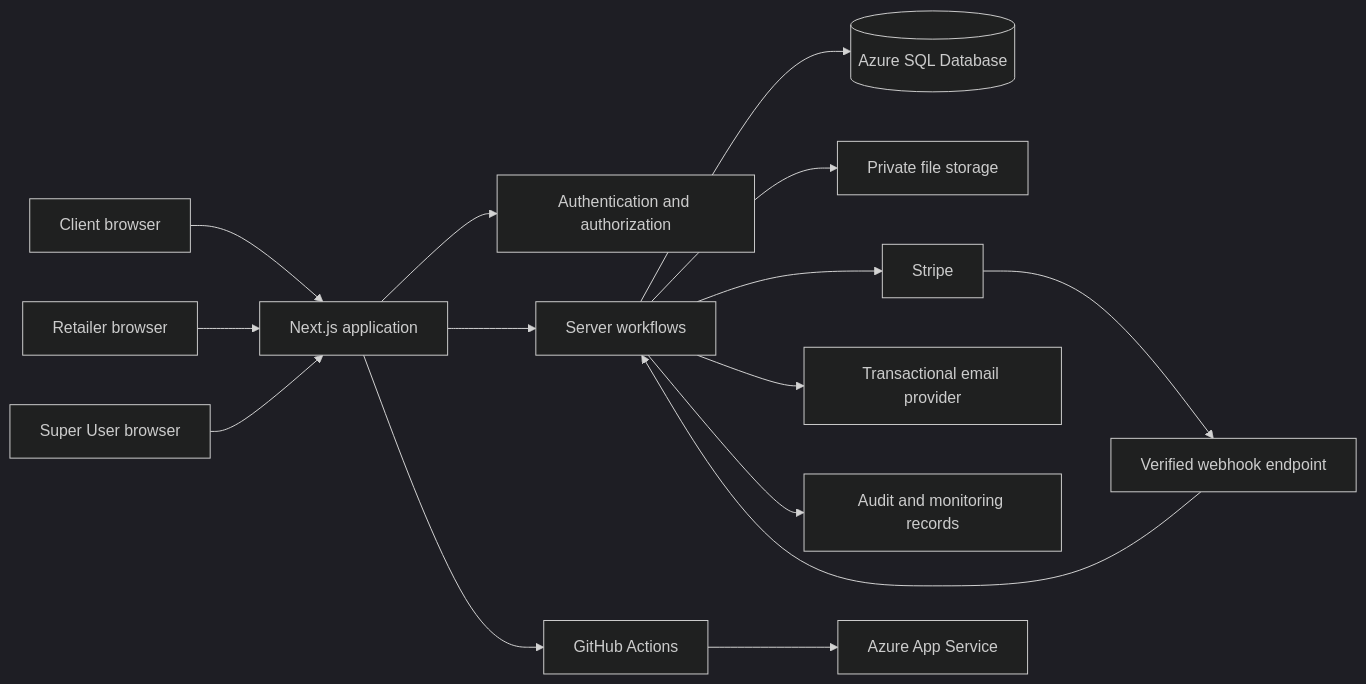
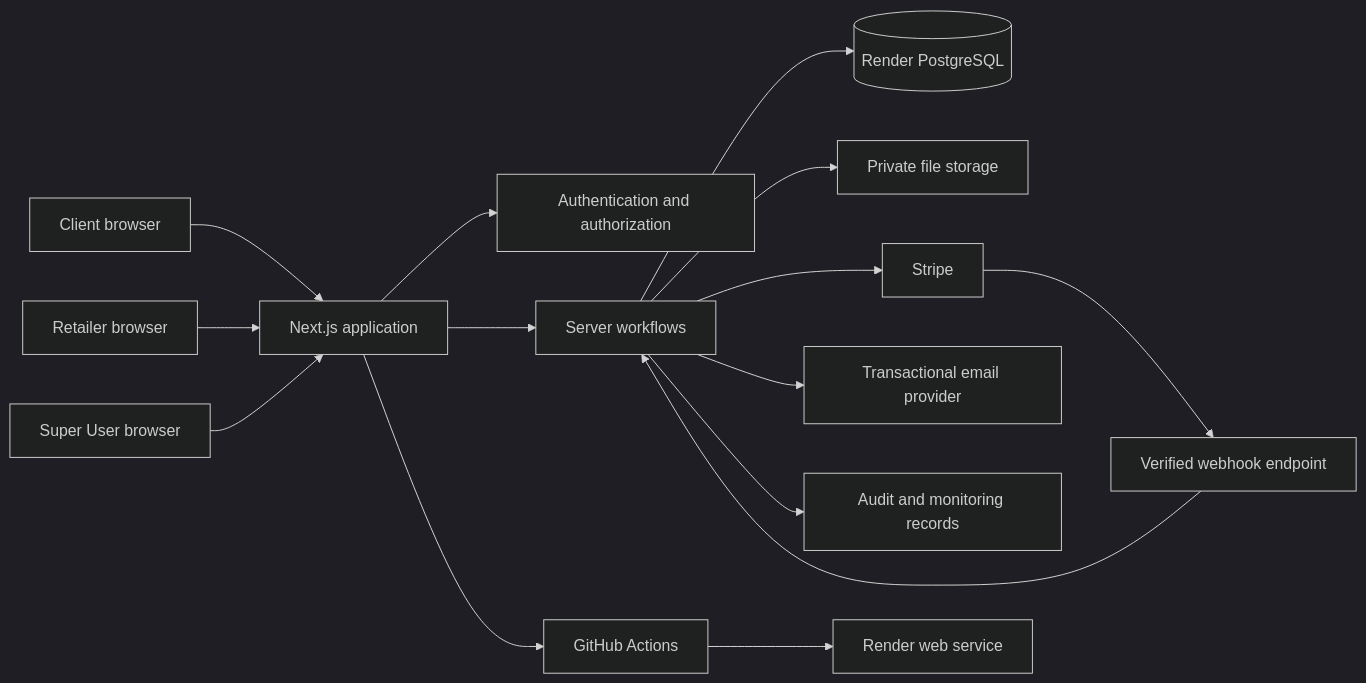
Before and after one commit to Jondoe0285/Tender: the first of 2 diagrams in docs/Architecture.md, drawn with Mermaid (dark theme). The commit also changed other lines of this file and 83 other files, not shown here.

````diff
--- a/docs/Architecture.md
+++ b/docs/Architecture.md
@@ -27,17 +27,17 @@
 ```mermaid
 flowchart LR
     Client[Client browser] --> Web[Next.js application]
     Retailer[Retailer browser] --> Web
     Admin[Super User browser] --> Web
     Web --> Auth[Authentication and authorization]
     Web --> Domain[Server workflows]
-    Domain --> SQL[(Azure SQL Database)]
+    Domain --> SQL[(Render PostgreSQL)]
     Domain --> Files[Private file storage]
     Domain --> Stripe[Stripe]
     Stripe --> Webhook[Verified webhook endpoint]
     Domain --> Email[Transactional email provider]
     Webhook --> Domain
     Domain --> Audit[Audit and monitoring records]
     Web --> Actions[GitHub Actions]
-    Actions --> App[Azure App Service]
+    Actions --> App[Render web service]
 ```
````
